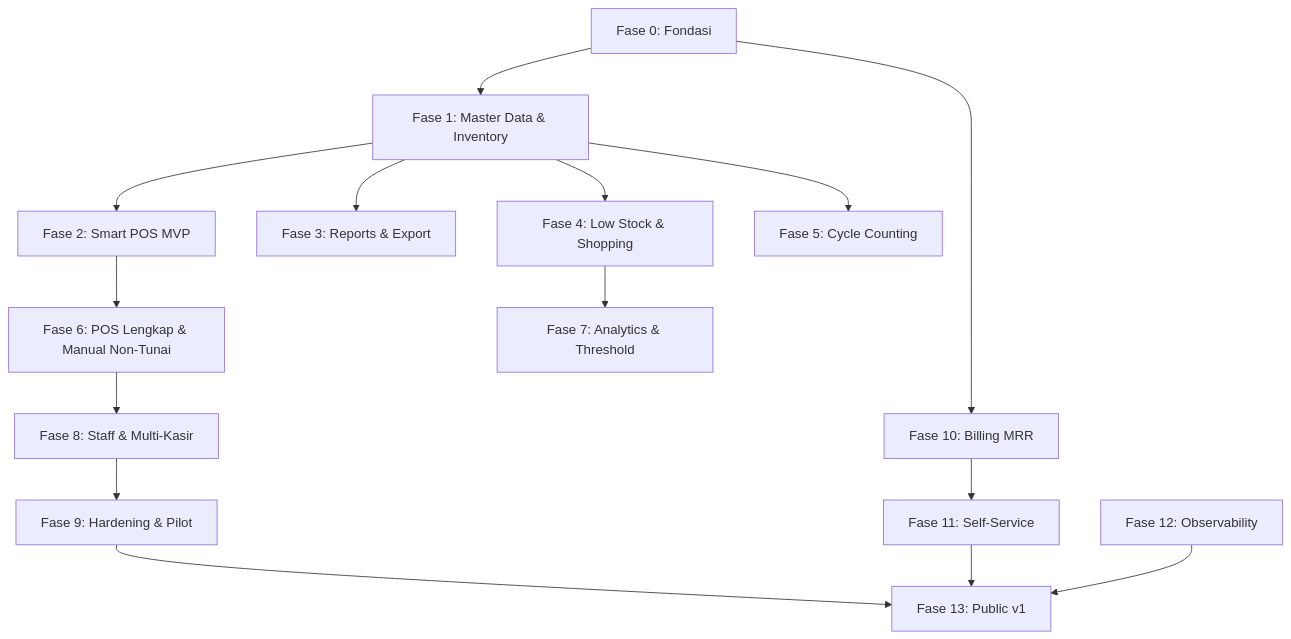
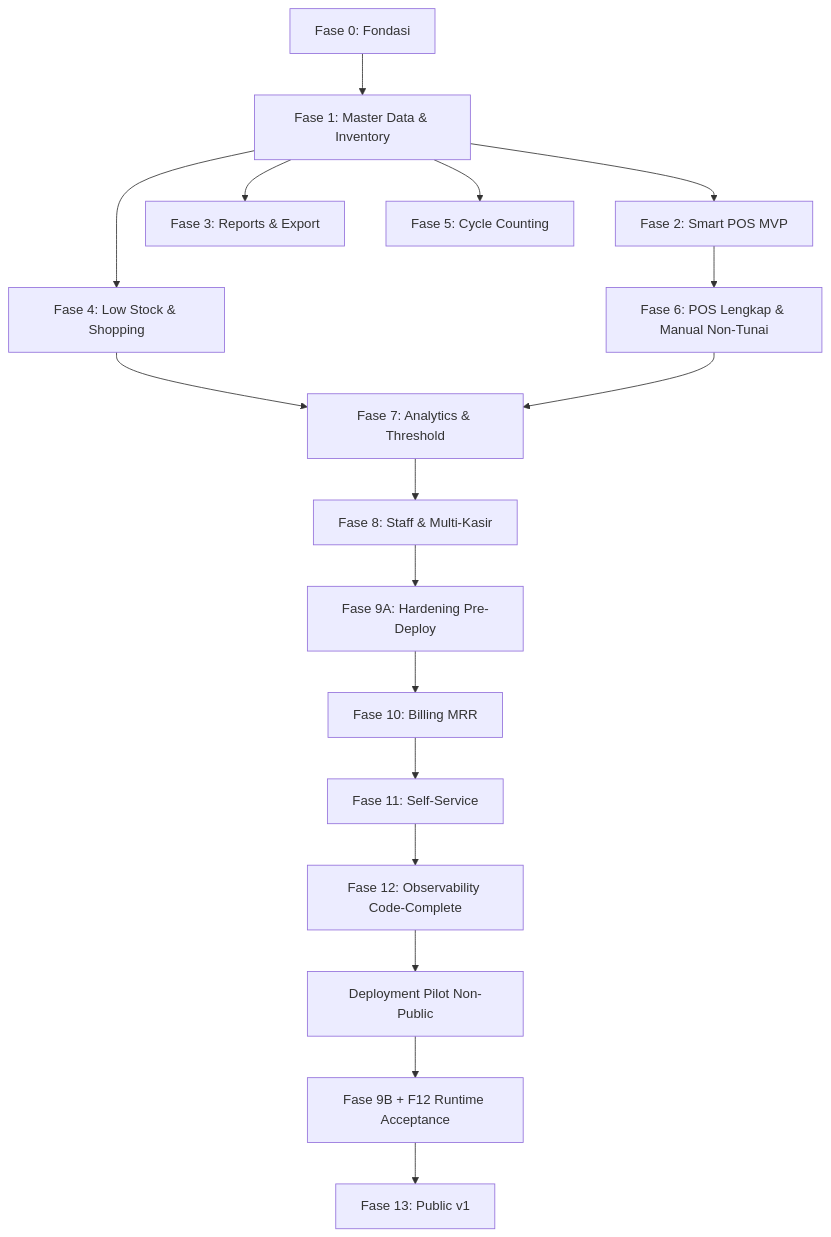
One commit to aulaHamidin/InventoryPos-Laravel12 changed the diagram in saas-contract-final-v1/implementation_plan.md. Above: the diagram before and after it, drawn with Mermaid. The commit also changed other lines of this file and 5 other files, not shown here.

Commit message:
docs: split phase 9 pre-deploy and pilot gates

````diff
--- a/saas-contract-final-v1/implementation_plan.md
+++ b/saas-contract-final-v1/implementation_plan.md
@@ -24,32 +24,36 @@
 ```mermaid
 graph TD
     F0["Fase 0: Fondasi"]
     F1["Fase 1: Master Data & Inventory"]
     F2["Fase 2: Smart POS MVP"]
     F3["Fase 3: Reports & Export"]
     F4["Fase 4: Low Stock & Shopping"]
     F5["Fase 5: Cycle Counting"]
     F6["Fase 6: POS Lengkap & Manual Non-Tunai"]
     F7["Fase 7: Analytics & Threshold"]
     F8["Fase 8: Staff & Multi-Kasir"]
-    F9["Fase 9: Hardening & Pilot"]
+    F9A["Fase 9A: Hardening Pre-Deploy"]
     F10["Fase 10: Billing MRR"]
     F11["Fase 11: Self-Service"]
-    F12["Fase 12: Observability"]
+    F12C["Fase 12: Observability Code-Complete"]
+    PILOT["Deployment Pilot Non-Public"]
+    F9B["Fase 9B + F12 Runtime Acceptance"]
     F13["Fase 13: Public v1"]
 
     F0 --> F1
     F1 --> F2
     F1 --> F3
     F1 --> F4
     F1 --> F5
     F2 --> F6
     F4 --> F7
-    F6 --> F8
-    F8 --> F9
-    F0 --> F10
+    F6 --> F7
+    F7 --> F8
+    F8 --> F9A
+    F9A --> F10
     F10 --> F11
-    F9 --> F13
-    F11 --> F13
-    F12 --> F13
+    F11 --> F12C
+    F12C --> PILOT
+    PILOT --> F9B
+    F9B --> F13
 ```
````
